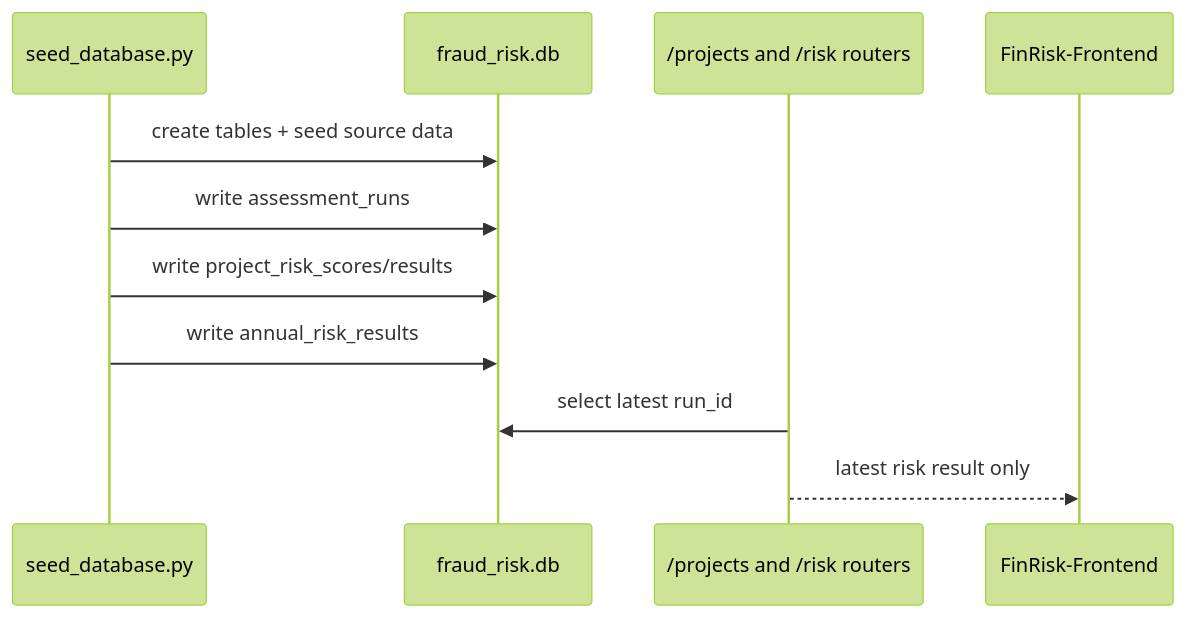
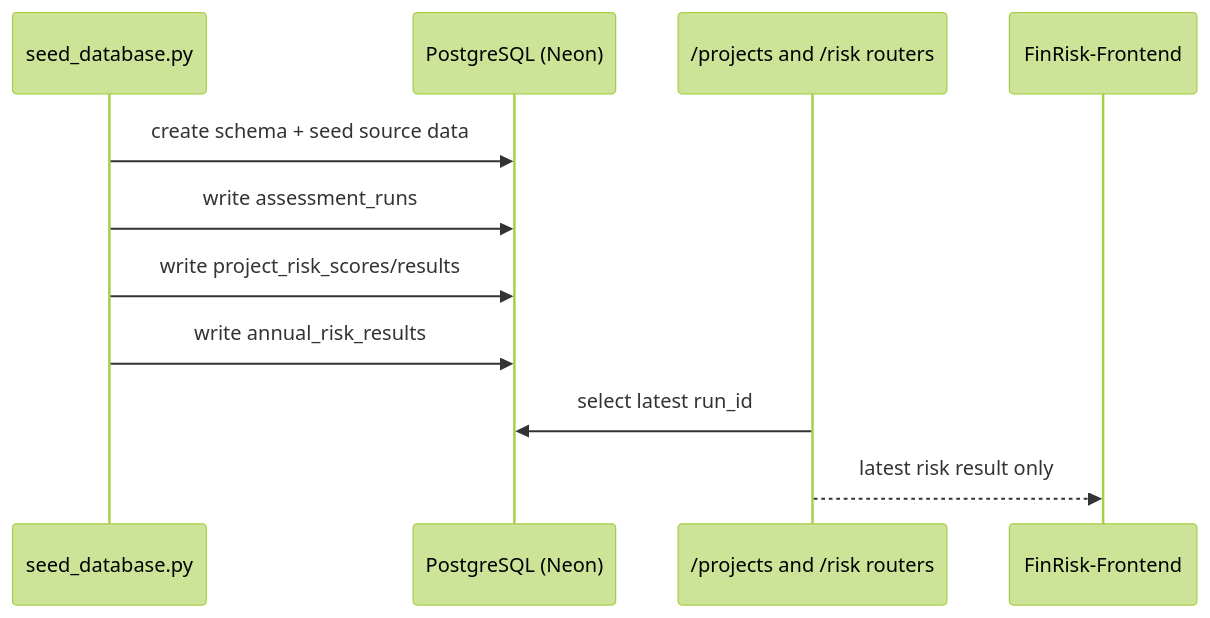
The third of 3 diagrams in docs/ARCHITECTURE.md (Chain361/FinRisk-Backend), drawn with Mermaid (forest theme) before and after one commit. The commit also changed other lines of this file and 3 other files, not shown here.

First line of the commit message:
docs: sync README/CLAUDE/AGENTS/ARCHITECTURE กับโค้ดปัจจุบัน

````diff
--- a/docs/ARCHITECTURE.md
+++ b/docs/ARCHITECTURE.md
@@ -101,14 +167,14 @@
 ```mermaid
 sequenceDiagram
   participant Seed as seed_database.py
-  participant SQLite as fraud_risk.db
+  participant PG as PostgreSQL (Neon)
   participant Router as /projects and /risk routers
   participant Frontend as FinRisk-Frontend
 
-  Seed->>SQLite: create tables + seed source data
-  Seed->>SQLite: write assessment_runs
-  Seed->>SQLite: write project_risk_scores/results
-  Seed->>SQLite: write annual_risk_results
-  Router->>SQLite: select latest run_id
+  Seed->>PG: create schema + seed source data
+  Seed->>PG: write assessment_runs
+  Seed->>PG: write project_risk_scores/results
+  Seed->>PG: write annual_risk_results
+  Router->>PG: select latest run_id
   Router-->>Frontend: latest risk result only
 ```
````
